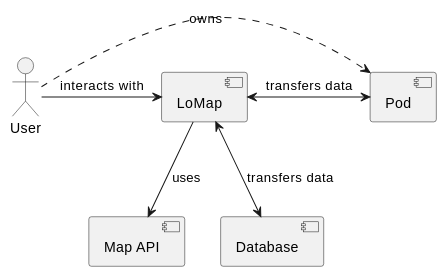
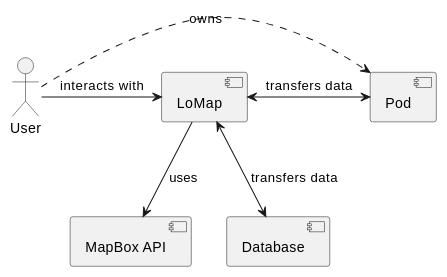
The first of 3 diagrams in docs/05_building_block_view.adoc (Arquisoft/lomap_es6b), drawn with PlantUML before and after one commit. The commit also changed other lines of this file and 12 other files, not shown here.

```diff
--- a/docs/05_building_block_view.adoc
+++ b/docs/05_building_block_view.adoc
@@ -7,19 +7,19 @@
 [plantuml, "level1", png]
 ----
 Actor User
 Component LoMap
 Component Pod
-Component Map as "Map API"
+Component MapBox as "MapBox API"
 Component Database
 
 User -right-> LoMap: interacts with
 
 User .right.> Pod: owns
 
 LoMap <-right-> Pod: transfers data
 
-LoMap --> Map: uses
+LoMap --> MapBox: uses
 
 LoMap <--> Database: transfers data
 
 ----
```
